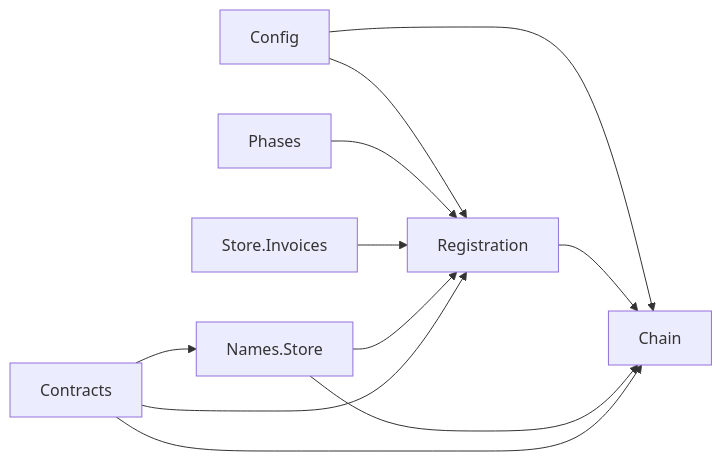
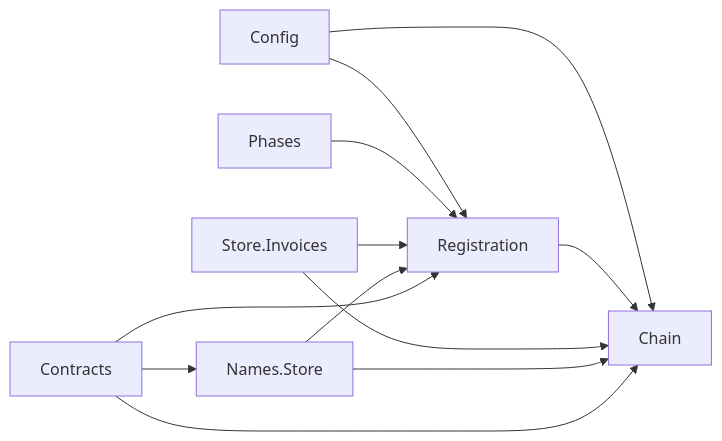
Before and after one commit to simplex-chat/simplex-chat: the fourth of 4 diagrams in plans/2026-11-16-names-review-fixes-a2.md, drawn with Mermaid. The commit also changed other lines of this file and 2 other files, not shown here.

Commit message:
store: define unixSeconds once, in Chain

````diff
--- a/plans/2026-11-16-names-review-fixes-a2.md
+++ b/plans/2026-11-16-names-review-fixes-a2.md
@@ -162,13 +162,14 @@
 ```mermaid
 graph LR
   Config --> Chain
   Config --> Registration
   Registration --> Chain
   Phases --> Registration
   Invoices[Store.Invoices] --> Registration
+  Invoices --> Chain
   Store[Names.Store] --> Registration
   Store --> Chain
   Contracts --> Chain
   Contracts --> Registration
   Contracts --> Store
 ```
````
